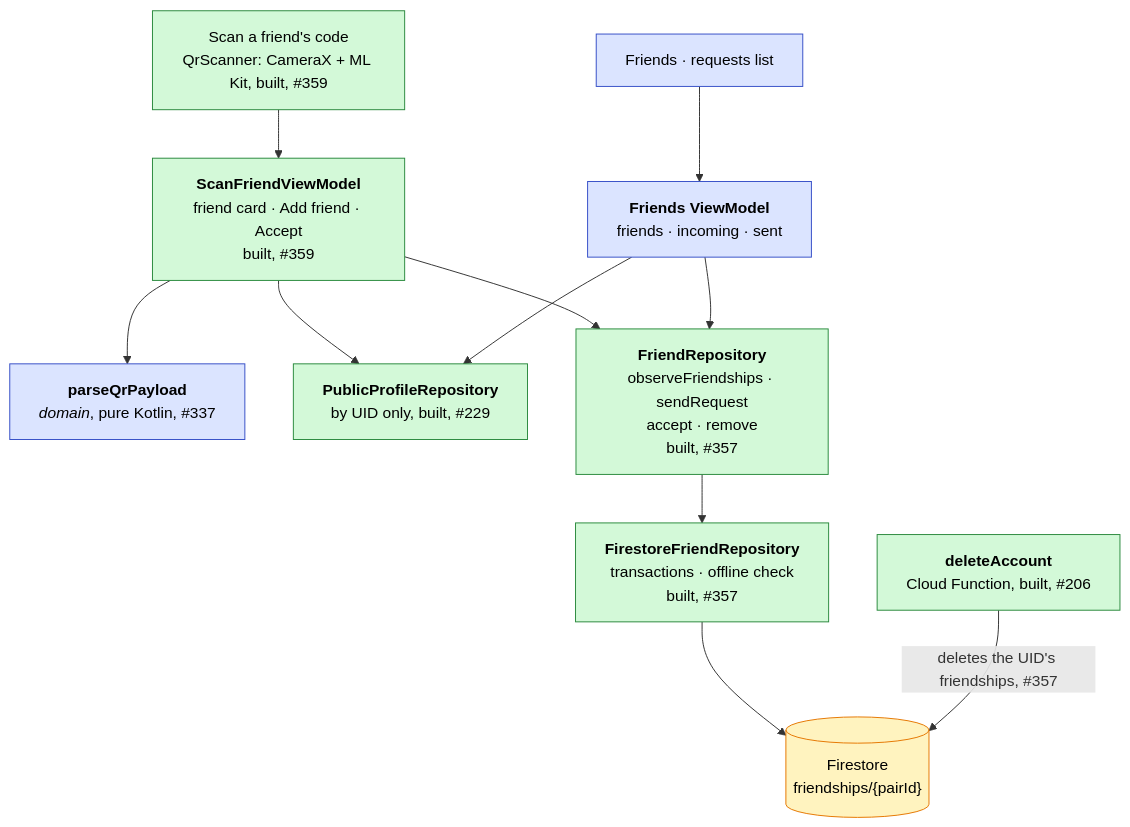
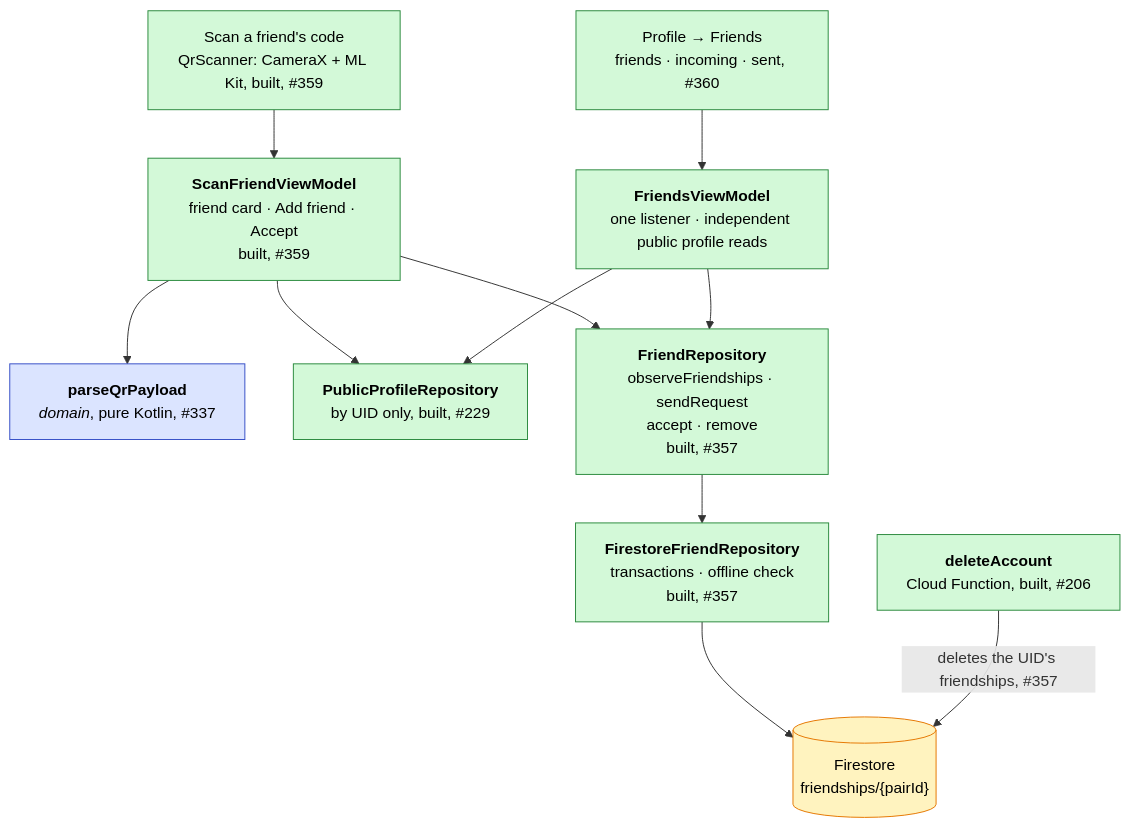
Before and after one commit to swent-polysocial/PolySocial: the seventh of 16 diagrams in docs/Architecture-Diagram.md, drawn with Mermaid. The commit also changed other lines of this file and 14 other files, not shown here.

First line of the commit message:
feat: open friends and requests from profile

````diff
--- a/docs/Architecture-Diagram.md
+++ b/docs/Architecture-Diagram.md
@@ -310,17 +311,17 @@
 ```mermaid
 flowchart TB
   classDef pb fill:#dbe4ff,stroke:#364fc7,color:#000
   classDef ext fill:#fff3bf,stroke:#e67700,color:#000
   classDef s1 fill:#d3f9d8,stroke:#2b8a3e,color:#000
 
   scan["Scan a friend's code<br/>QrScanner: CameraX + ML Kit, built, #359"]:::s1 --> scanVM["<b>ScanFriendViewModel</b><br/>friend card · Add friend · Accept<br/>built, #359"]:::s1
   scanVM --> qr["<b>parseQrPayload</b><br/><i>domain</i>, pure Kotlin, #337"]:::pb
   scanVM --> pub["<b>PublicProfileRepository</b><br/>by UID only, built, #229"]:::s1
   scanVM --> friendRepo["<b>FriendRepository</b><br/>observeFriendships · sendRequest<br/>accept · remove<br/>built, #357"]:::s1
-  friendsUi["Friends · requests list"]:::pb --> friendsVM["<b>Friends ViewModel</b><br/>friends · incoming · sent"]:::pb
+  friendsUi["Profile → Friends<br/>friends · incoming · sent, #360"]:::s1 --> friendsVM["<b>FriendsViewModel</b><br/>one listener · independent public profile reads"]:::s1
   friendsVM --> friendRepo
   friendsVM --> pub
   friendRepo --> fsRepo["<b>FirestoreFriendRepository</b><br/>transactions · offline check<br/>built, #357"]:::s1
   fsRepo --> fs[("Firestore<br/>friendships/{pairId}")]:::ext
   delFn["<b>deleteAccount</b><br/>Cloud Function, built, #206"]:::s1 -- "deletes the UID's friendships, #357" --> fs
 ```
````
